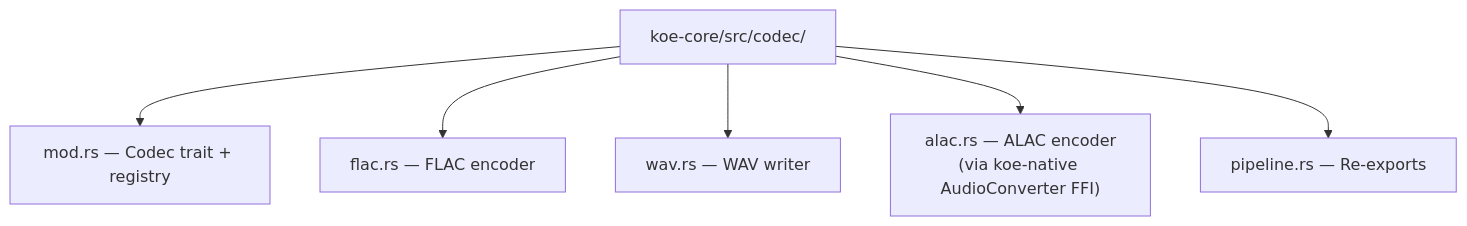
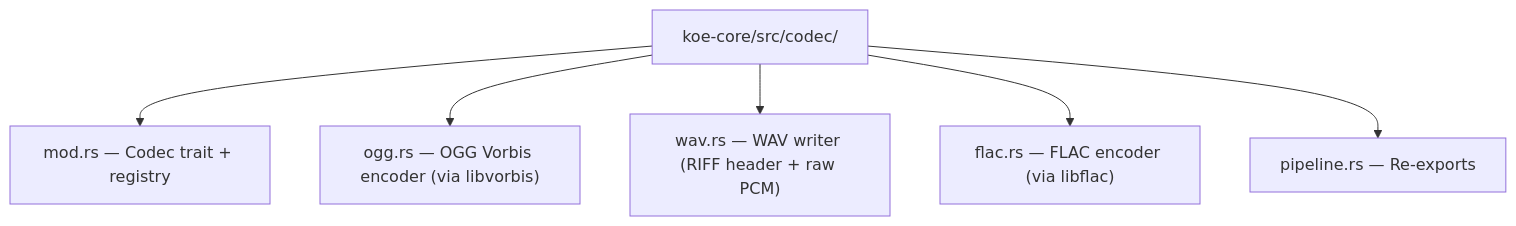
One commit to mokmok-dev/koe changed the fourth of 4 diagrams in docs/spec/11-data-formats.md. Above: the diagram before and after it, drawn with Mermaid. The commit also changed other lines of this file and 6 other files, not shown here.

First line of the commit message:
docs: switch default audio format from FLAC to OGG Vorbis

````diff
--- a/docs/spec/11-data-formats.md
+++ b/docs/spec/11-data-formats.md
@@ -108,15 +110,15 @@
 ```mermaid
 graph TD
     CODEC["koe-core/src/codec/"]
     MOD["mod.rs — Codec trait + registry"]
-    FLAC["flac.rs — FLAC encoder"]
-    WAV["wav.rs — WAV writer"]
-    ALAC["alac.rs — ALAC encoder<br/>(via koe-native AudioConverter FFI)"]
+    OGG["ogg.rs — OGG Vorbis encoder (via libvorbis)"]
+    WAV["wav.rs — WAV writer (RIFF header + raw PCM)"]
+    FLAC["flac.rs — FLAC encoder (via libflac)"]
     PL["pipeline.rs — Re-exports"]
 
     CODEC --> MOD
+    CODEC --> OGG
+    CODEC --> WAV
     CODEC --> FLAC
-    CODEC --> WAV
-    CODEC --> ALAC
     CODEC --> PL
 ```
````
